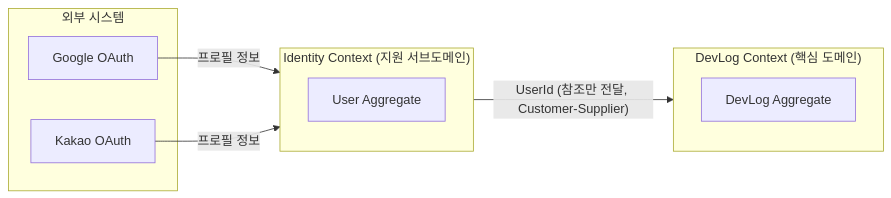
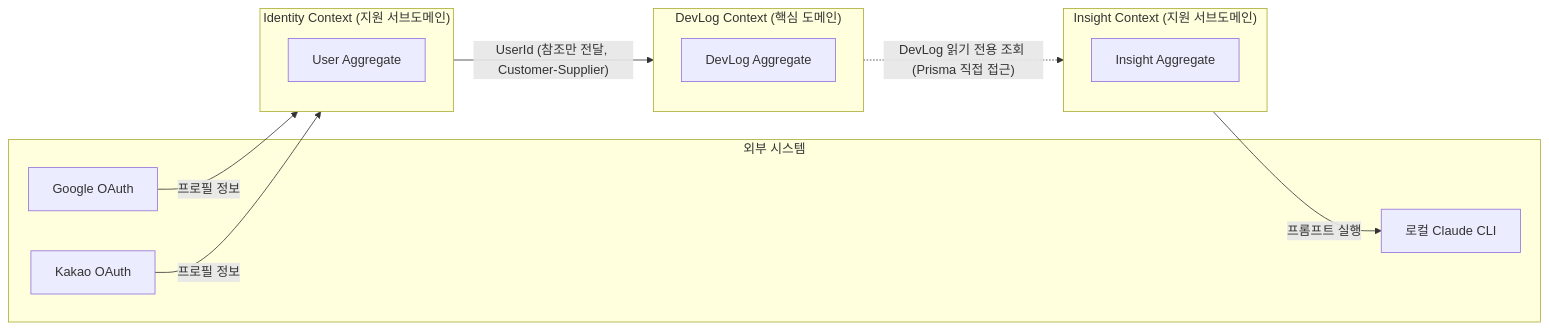
Before and after one commit to myeonnnn/3m-devlog: the first of 5 diagrams in docs/domain-model.md, drawn with Mermaid. The commit also changed other lines of this file and 1 other file, not shown here.

First line of the commit message:
docs: Insight 바운디드 컨텍스트/애그리거트를 domain-model.md·policies.md에 반영

````diff
--- a/docs/domain-model.md
+++ b/docs/domain-model.md
@@ -19,19 +19,26 @@
 ```mermaid
 flowchart LR
     subgraph ext["외부 시스템"]
         Google["Google OAuth"]
         Kakao["Kakao OAuth"]
+        ClaudeCli["로컬 Claude CLI"]
     end
 
     subgraph IdentityCtx["Identity Context (지원 서브도메인)"]
         User["User Aggregate"]
     end
 
     subgraph DevLogCtx["DevLog Context (핵심 도메인)"]
         DevLog["DevLog Aggregate"]
     end
 
+    subgraph InsightCtx["Insight Context (지원 서브도메인)"]
+        Insight["Insight Aggregate"]
+    end
+
     Google -->|"프로필 정보"| IdentityCtx
     Kakao -->|"프로필 정보"| IdentityCtx
     IdentityCtx -->|"UserId (참조만 전달, Customer-Supplier)"| DevLogCtx
+    DevLogCtx -.->|"DevLog 읽기 전용 조회 (Prisma 직접 접근)"| InsightCtx
+    InsightCtx -->|"프롬프트 실행"| ClaudeCli
 ```
````
